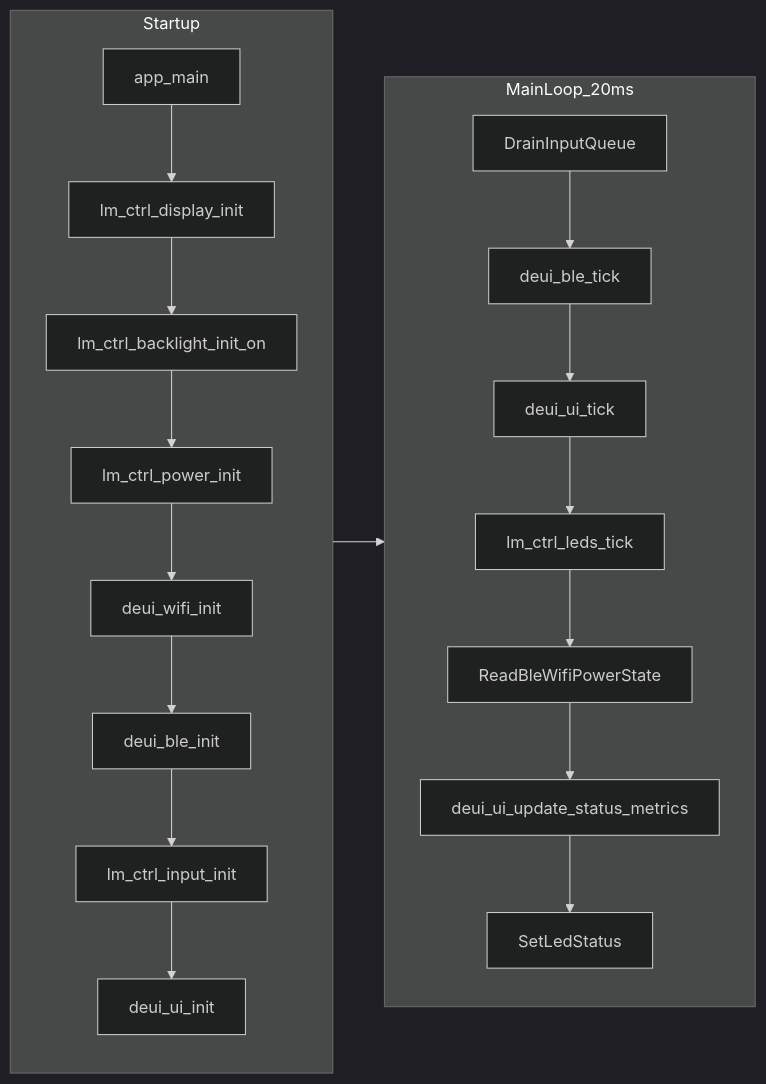
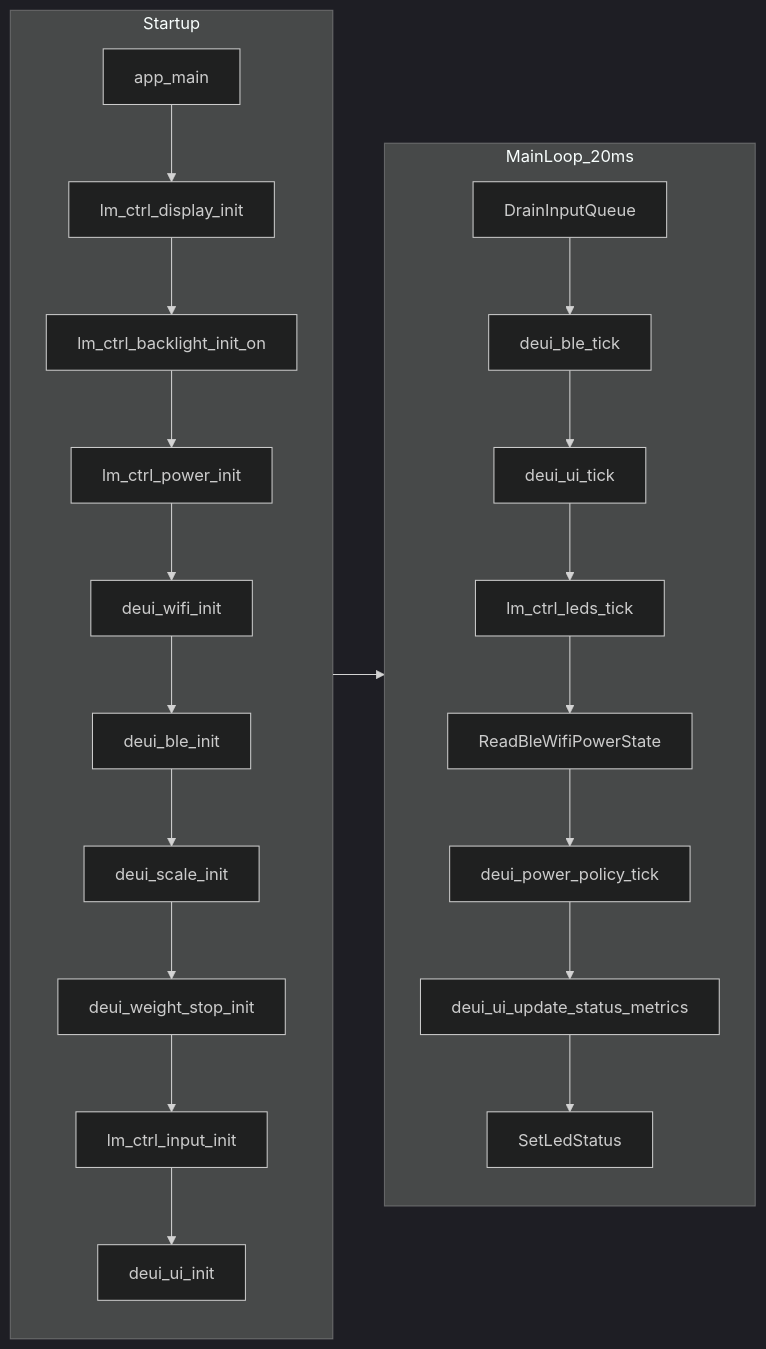
Before and after one commit to euanlake/deui-nano: the diagram in docs/CODEBASE_GUIDE.md, drawn with Mermaid (dark theme). The commit also changed other lines of this file and 1422 other files, not shown here.

````diff
--- a/docs/CODEBASE_GUIDE.md
+++ b/docs/CODEBASE_GUIDE.md
@@ -17,27 +17,30 @@
 ```mermaid
 flowchart LR
   subgraph startupFlow [Startup]
     appMain[app_main]
     displayInit[lm_ctrl_display_init]
     backlightInit[lm_ctrl_backlight_init_on]
     powerInit[lm_ctrl_power_init]
     wifiInit[deui_wifi_init]
     bleInit[deui_ble_init]
+    scaleInit[deui_scale_init]
+    weightStopInit[deui_weight_stop_init]
     inputInit[lm_ctrl_input_init]
     uiInit[deui_ui_init]
-    appMain --> displayInit --> backlightInit --> powerInit --> wifiInit --> bleInit --> inputInit --> uiInit
+    appMain --> displayInit --> backlightInit --> powerInit --> wifiInit --> bleInit --> scaleInit --> weightStopInit --> inputInit --> uiInit
   end
 
   subgraph runtimeLoop [MainLoop_20ms]
     inputDrain[DrainInputQueue]
     bleTick[deui_ble_tick]
     uiTick[deui_ui_tick]
     ledsTick[lm_ctrl_leds_tick]
     readState[ReadBleWifiPowerState]
+    powerPolicyTick[deui_power_policy_tick]
     updateUi[deui_ui_update_status_metrics]
     updateLeds[SetLedStatus]
-    inputDrain --> bleTick --> uiTick --> ledsTick --> readState --> updateUi --> updateLeds
+    inputDrain --> bleTick --> uiTick --> ledsTick --> readState --> powerPolicyTick --> updateUi --> updateLeds
   end
 
   startupFlow --> runtimeLoop
 ```
````
